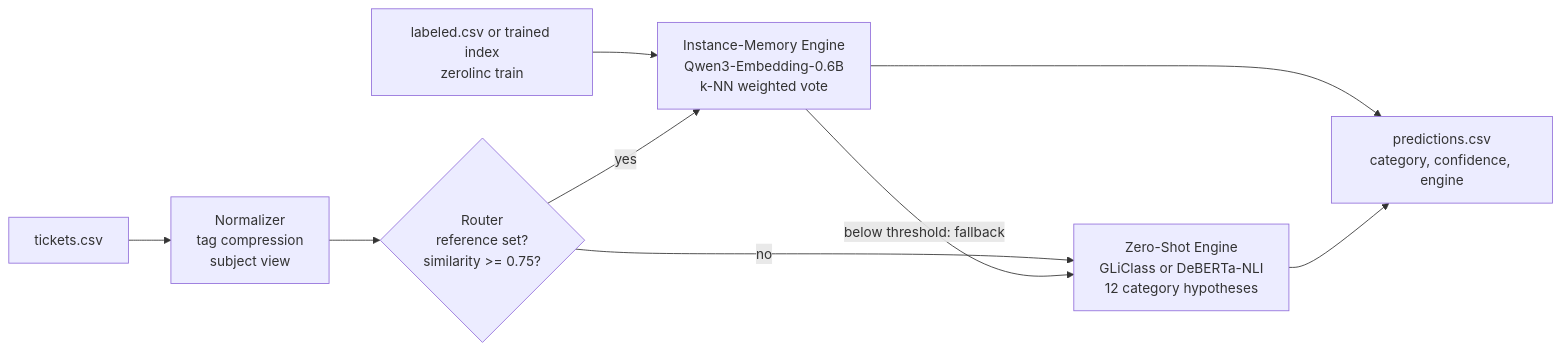
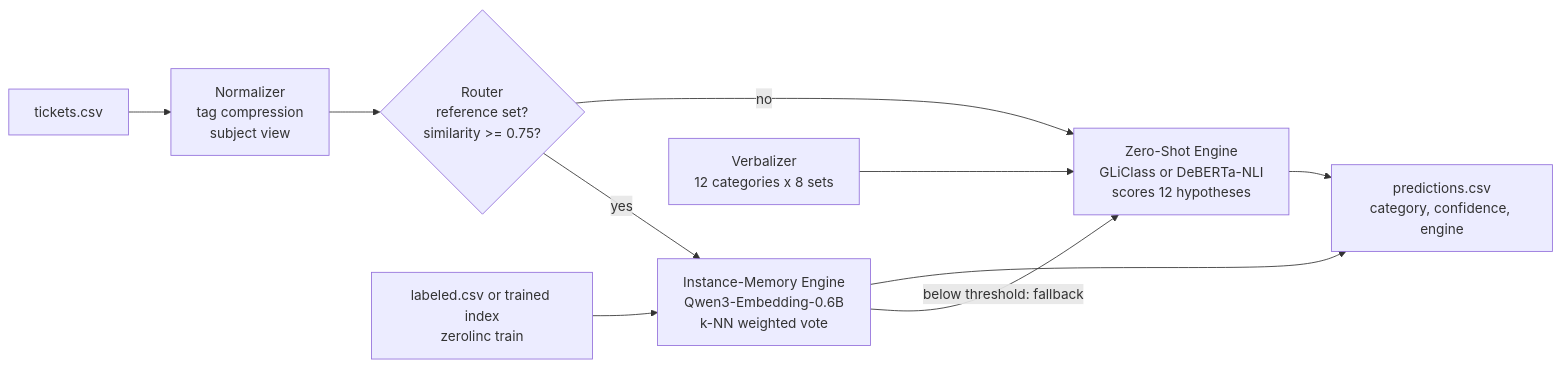
One commit to CristhianKapelinski/zerolinc changed the first of 3 diagrams in docs/architecture.md. Above: the diagram before and after it, drawn with Mermaid. The commit also changed other lines of this file and 6 other files, not shown here.

Commit message:
Audit fixes: vote public, CLI defaults from router constants, verbalizer in diagrams, README corpus availability and train clarification

````diff
--- a/docs/architecture.md
+++ b/docs/architecture.md
@@ -7,11 +7,12 @@
 ```mermaid
 flowchart LR
     IN["tickets.csv"] --> N["Normalizer<br/>tag compression<br/>subject view"]
     N --> R{"Router<br/>reference set?<br/>similarity >= 0.75?"}
     REF["labeled.csv or trained index<br/>zerolinc train"] --> M
     R -->|yes| M["Instance-Memory Engine<br/>Qwen3-Embedding-0.6B<br/>k-NN weighted vote"]
-    R -->|no| Z["Zero-Shot Engine<br/>GLiClass or DeBERTa-NLI<br/>12 category hypotheses"]
+    R -->|no| Z["Zero-Shot Engine<br/>GLiClass or DeBERTa-NLI<br/>scores 12 hypotheses"]
+    VB["Verbalizer<br/>12 categories x 8 sets"] --> Z
     M -->|below threshold: fallback| Z
     M --> OUT["predictions.csv<br/>category, confidence, engine"]
     Z --> OUT
 ```
````
